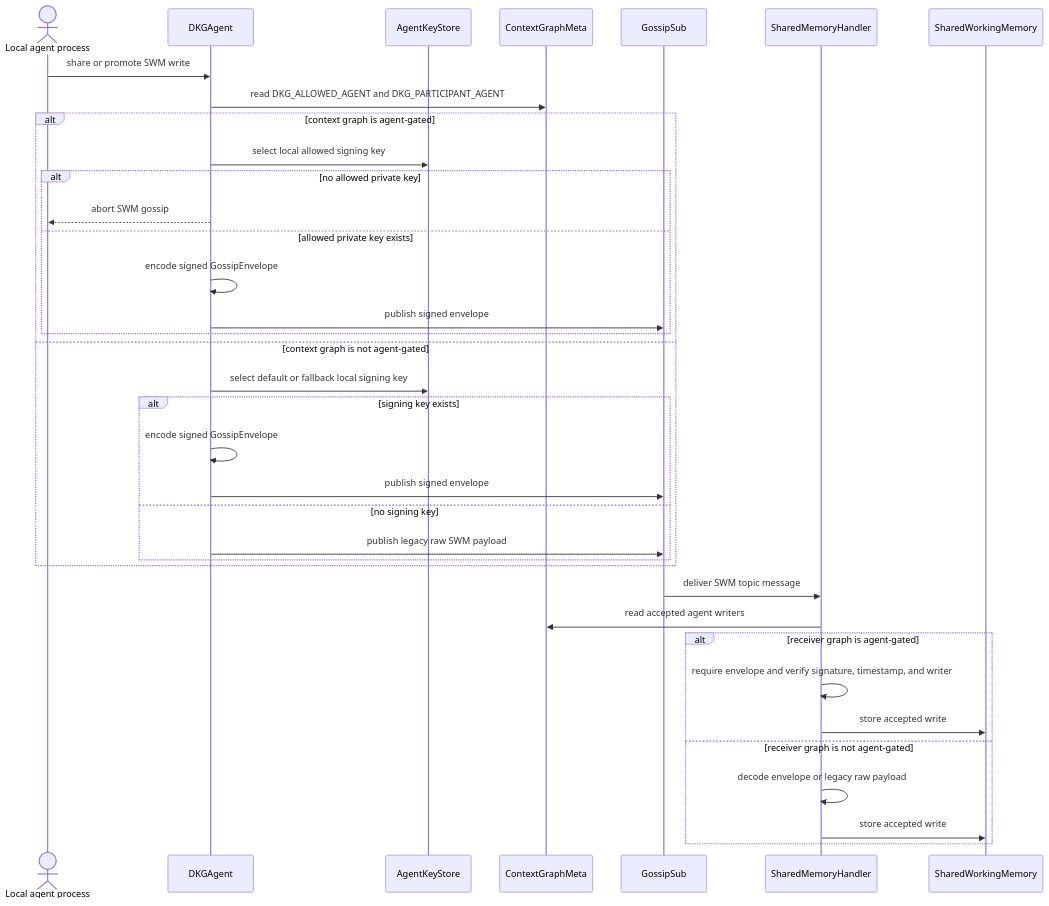
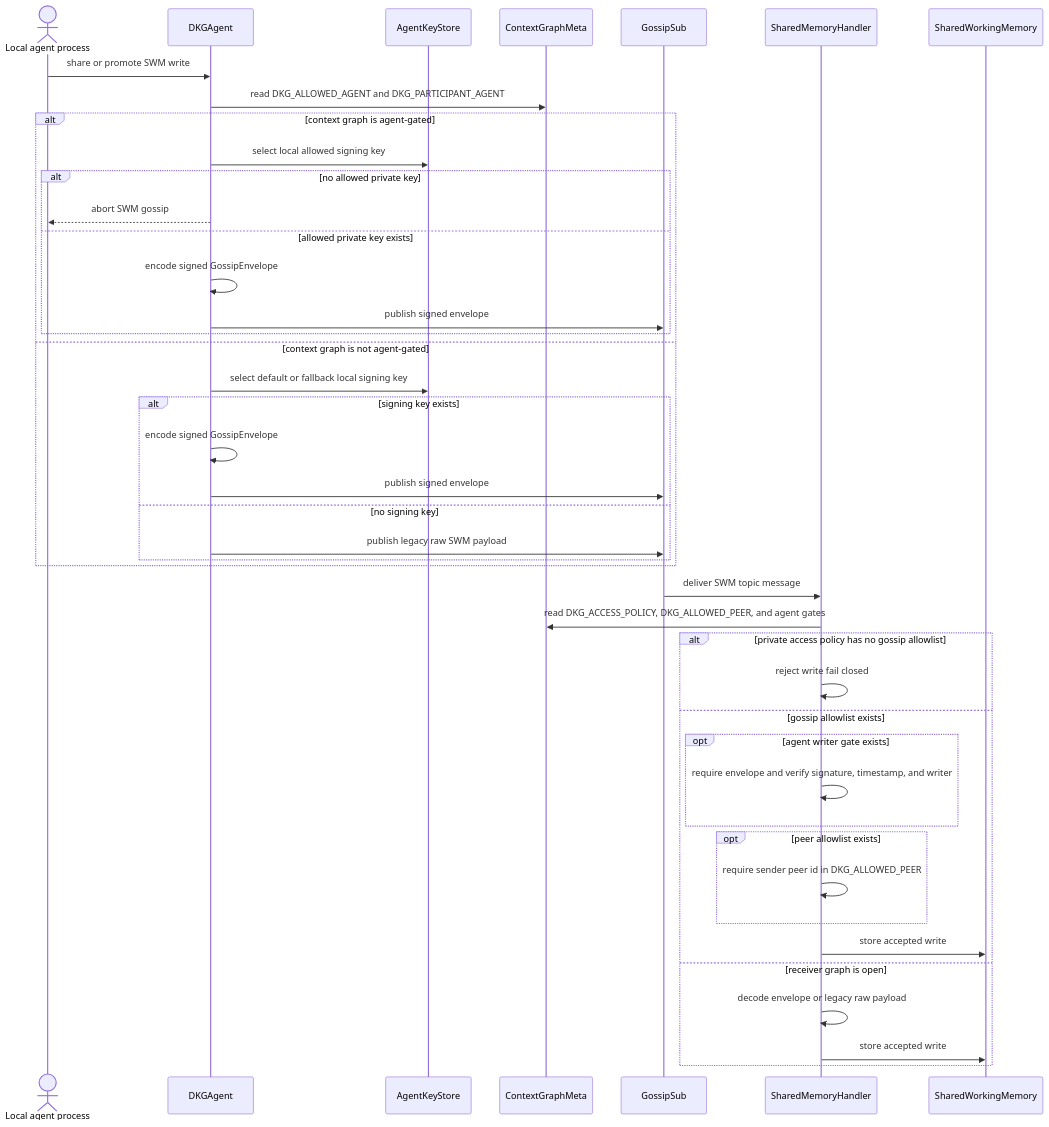
Before and after one commit to KilianTrunk/dkg: the fifth of 7 diagrams in ARCHITECTURE.md, drawn with Mermaid. The commit also changed other lines of this file and 2 other files, not shown here.

````diff
--- a/ARCHITECTURE.md
+++ b/ARCHITECTURE.md
@@ -454,39 +470,46 @@
 ```mermaid
 sequenceDiagram
 actor Writer as Local agent process
 participant Agent as DKGAgent
 participant Keys as AgentKeyStore
 participant Meta as ContextGraphMeta
 participant Gossip as GossipSub
 participant Handler as SharedMemoryHandler
 participant SWM as SharedWorkingMemory
 
 Writer->>Agent: share or promote SWM write
 Agent->>Meta: read DKG_ALLOWED_AGENT and DKG_PARTICIPANT_AGENT
 alt context graph is agent-gated
   Agent->>Keys: select local allowed signing key
   alt no allowed private key
     Agent-->>Writer: abort SWM gossip
   else allowed private key exists
     Agent->>Agent: encode signed GossipEnvelope
     Agent->>Gossip: publish signed envelope
   end
 else context graph is not agent-gated
   Agent->>Keys: select default or fallback local signing key
   alt signing key exists
     Agent->>Agent: encode signed GossipEnvelope
     Agent->>Gossip: publish signed envelope
   else no signing key
     Agent->>Gossip: publish legacy raw SWM payload
   end
 end
 Gossip->>Handler: deliver SWM topic message
-Handler->>Meta: read accepted agent writers
-alt receiver graph is agent-gated
-  Handler->>Handler: require envelope and verify signature, timestamp, and writer
+Handler->>Meta: read DKG_ACCESS_POLICY, DKG_ALLOWED_PEER, and agent gates
+alt private access policy has no gossip allowlist
+  Handler->>Handler: reject write fail closed
+else gossip allowlist exists
+  opt agent writer gate exists
+    Handler->>Handler: require envelope and verify signature, timestamp, and writer
+  end
+  opt peer allowlist exists
+    Handler->>Handler: require sender peer id in DKG_ALLOWED_PEER
+  end
   Handler->>SWM: store accepted write
-else receiver graph is not agent-gated
+else receiver graph is open
   Handler->>Handler: decode envelope or legacy raw payload
   Handler->>SWM: store accepted write
 end
 ```
````
